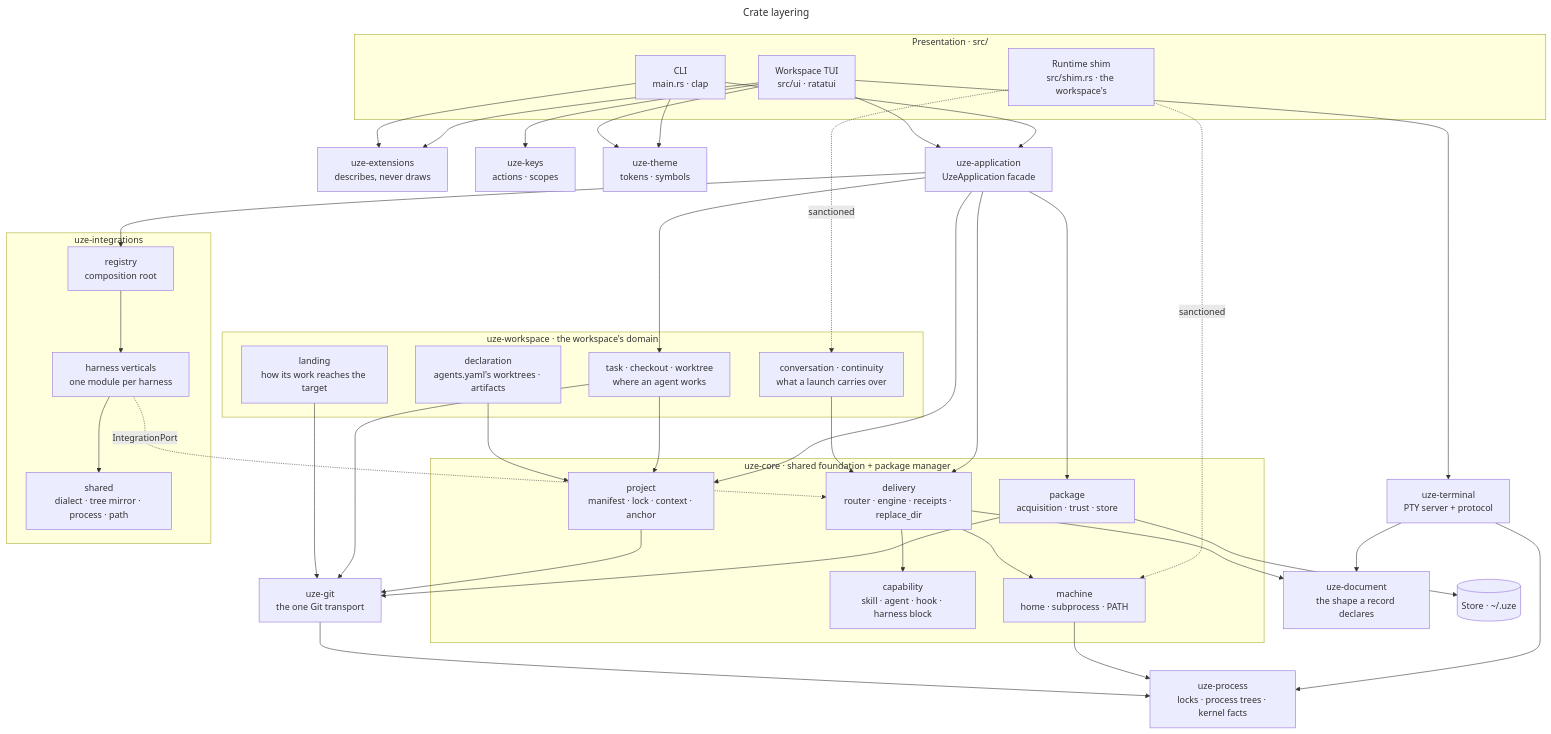
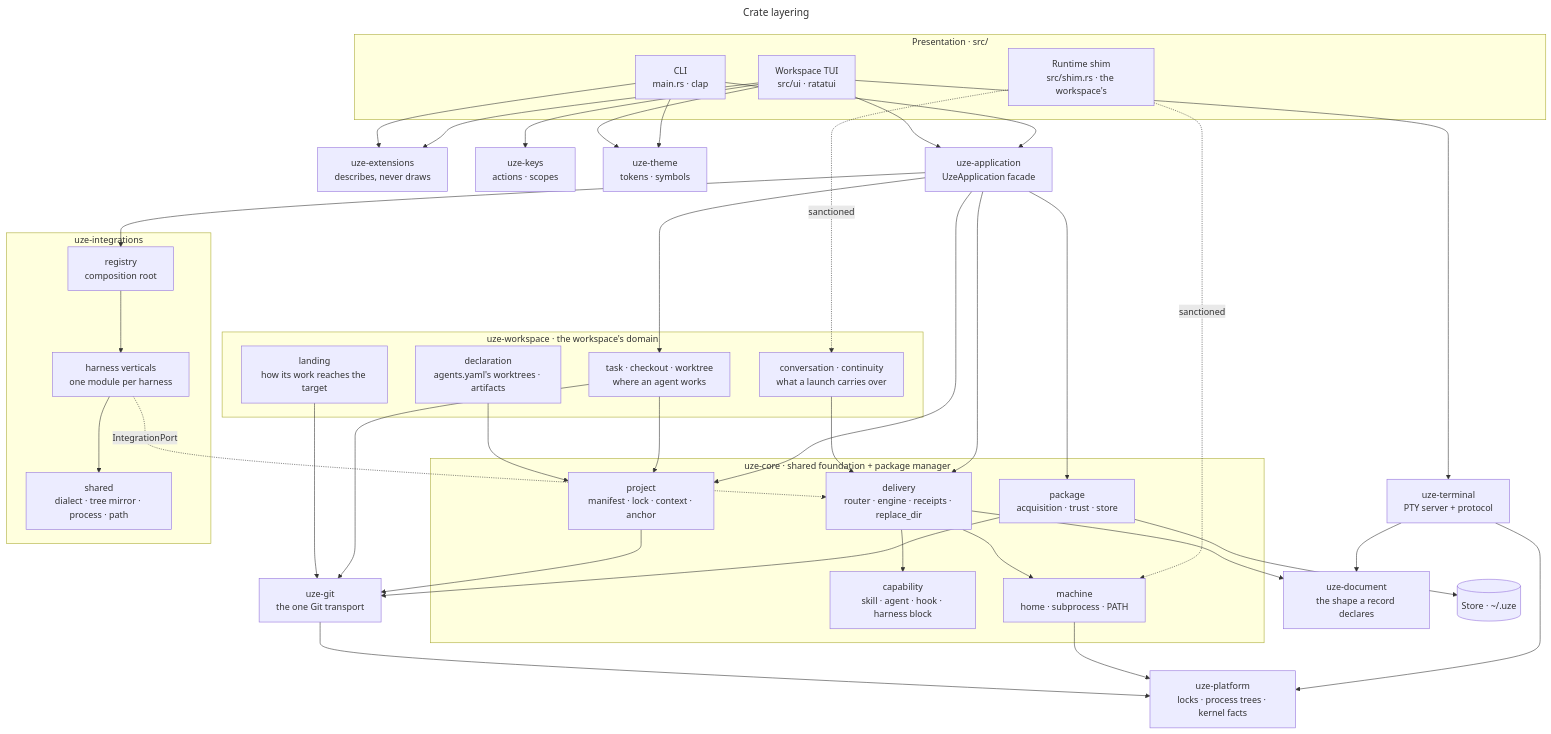
Before and after one commit to uze-sh/uze: the diagram in docs/architecture/crate-layering.mmd, drawn with Mermaid. The commit also changed 75 other files, not shown here.

First line of the commit message:
refactor(platform): rename uze-process to uze-platform and route OS calls through it

```diff
--- a/docs/architecture/crate-layering.mmd
+++ b/docs/architecture/crate-layering.mmd
@@ -1,70 +1,70 @@
 ---
 title: Crate layering
 ---
 flowchart TD
   subgraph presentation [Presentation · src/]
     cli[CLI<br/>main.rs · clap]
     tui[Workspace TUI<br/>src/ui · ratatui]
     shim[Runtime shim<br/>src/shim.rs · the workspace's]
   end
   ext[uze-extensions<br/>describes, never draws]
   keys[uze-keys<br/>actions · scopes]
   theme[uze-theme<br/>tokens · symbols]
   terminal[uze-terminal<br/>PTY server + protocol]
   app[uze-application<br/>UzeApplication facade]
   subgraph ws [uze-workspace · the workspace's domain]
     tasks[task · checkout · worktree<br/>where an agent works]
     landing[landing<br/>how its work reaches the target]
     conversation[conversation · continuity<br/>what a launch carries over]
     declaration[declaration<br/>agents.yaml's worktrees · artifacts]
   end
   subgraph core [uze-core · shared foundation + package manager]
     package[package<br/>acquisition · trust · store]
     capability[capability<br/>skill · agent · hook · harness block]
     delivery[delivery<br/>router · engine · receipts · replace_dir]
     project[project<br/>manifest · lock · context · anchor]
     machine[machine<br/>home · subprocess · PATH]
   end
   subgraph integrations [uze-integrations]
     registry[registry<br/>composition root]
     verticals[harness verticals<br/>one module per harness]
     shared[shared<br/>dialect · tree mirror · process · path]
   end
   git[uze-git<br/>the one Git transport]
   document[uze-document<br/>the shape a record declares]
-  process[uze-process<br/>locks · process trees · kernel facts]
+  process[uze-platform<br/>locks · process trees · kernel facts]
   store[(Store · ~/.uze)]
 
   cli --> app
   tui --> app
   tui --> ext
   cli --> ext
   tui --> keys
   tui --> terminal
   cli --> theme
   tui --> theme
   shim -.->|sanctioned| machine
   app --> package
   app --> delivery
   app --> project
   app --> registry
   app --> tasks
   tasks --> project
   tasks --> git
   landing --> git
   declaration --> project
   conversation --> delivery
   shim -.->|sanctioned| conversation
   registry --> verticals
   verticals --> shared
   verticals -.->|IntegrationPort| delivery
   delivery --> capability
   delivery --> machine
   package --> git
   project --> git
   package --> store
   delivery --> document
   terminal --> document
   terminal --> process
   machine --> process
   git --> process
```
